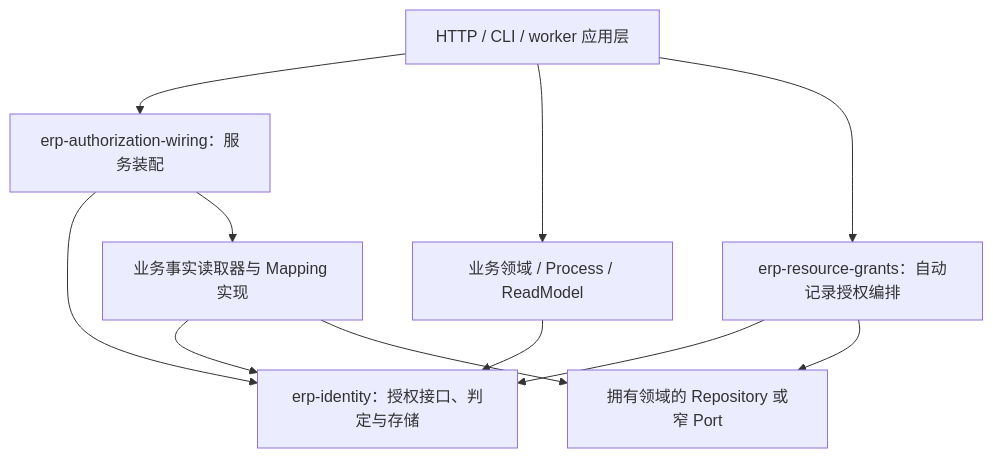
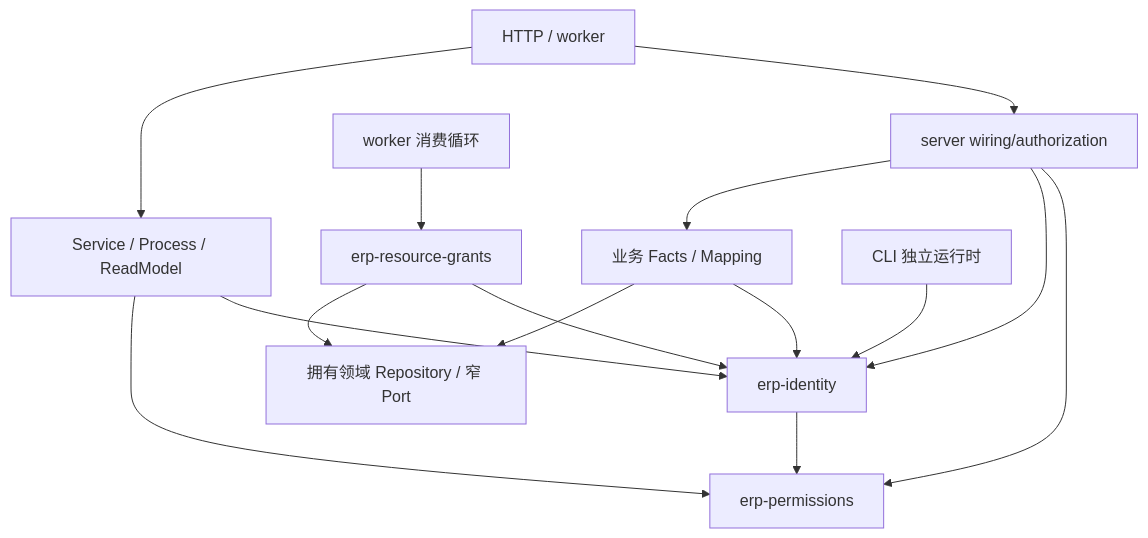
One commit to mztlive/erp changed the first of 2 diagrams in docs/authorization-system-design.md. Above: the diagram before and after it, drawn with Mermaid. The commit also changed other lines of this file and 341 other files, not shown here.

````diff
--- a/docs/authorization-system-design.md
+++ b/docs/authorization-system-design.md
@@ -19,13 +17,17 @@
 ```mermaid
 flowchart TD
-    Runtime["HTTP / CLI / worker 应用层"] --> Wiring["erp-authorization-wiring：服务装配"]
-    Runtime --> Business["业务领域 / Process / ReadModel"]
-    Runtime --> Grants["erp-resource-grants：自动记录授权编排"]
-    Wiring --> Identity["erp-identity：授权接口、判定与存储"]
-    Wiring --> Providers["业务事实读取器与 Mapping 实现"]
+    Runtime["HTTP / worker"] --> Wiring["server wiring/authorization"]
+    Runtime --> Business["Service / Process / ReadModel"]
+    Wiring --> Permissions["erp-permissions"]
+    Wiring --> Identity["erp-identity"]
+    Wiring --> Providers["业务 Facts / Mapping"]
     Providers --> Identity
-    Providers --> Repositories["拥有领域的 Repository 或窄 Port"]
+    Providers --> Repositories["拥有领域 Repository / 窄 Port"]
     Business --> Identity
+    Business --> Permissions
+    Identity --> Permissions
+    Worker["worker 消费循环"] --> Grants["erp-resource-grants"]
     Grants --> Identity
     Grants --> Repositories
+    Cli["CLI 独立运行时"] --> Identity
 ```
````
